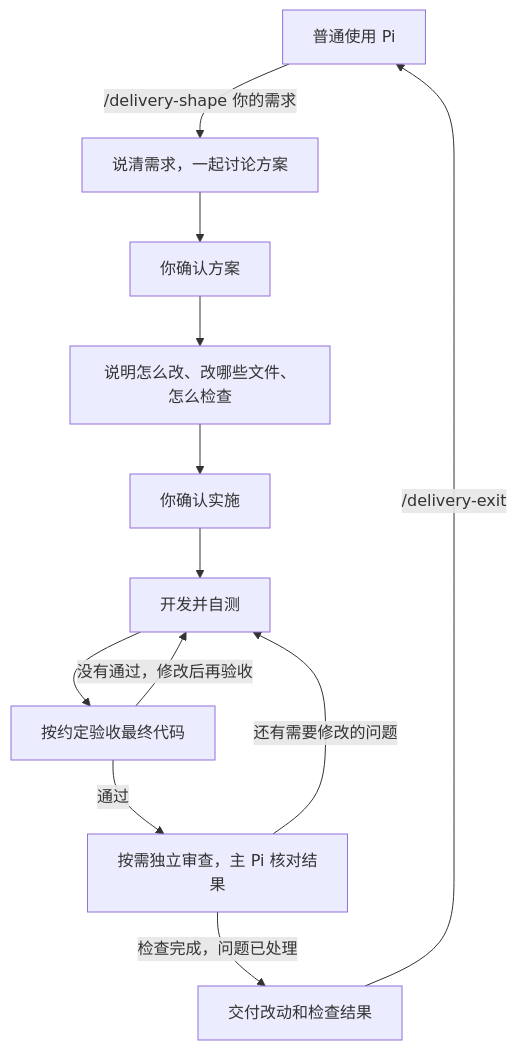
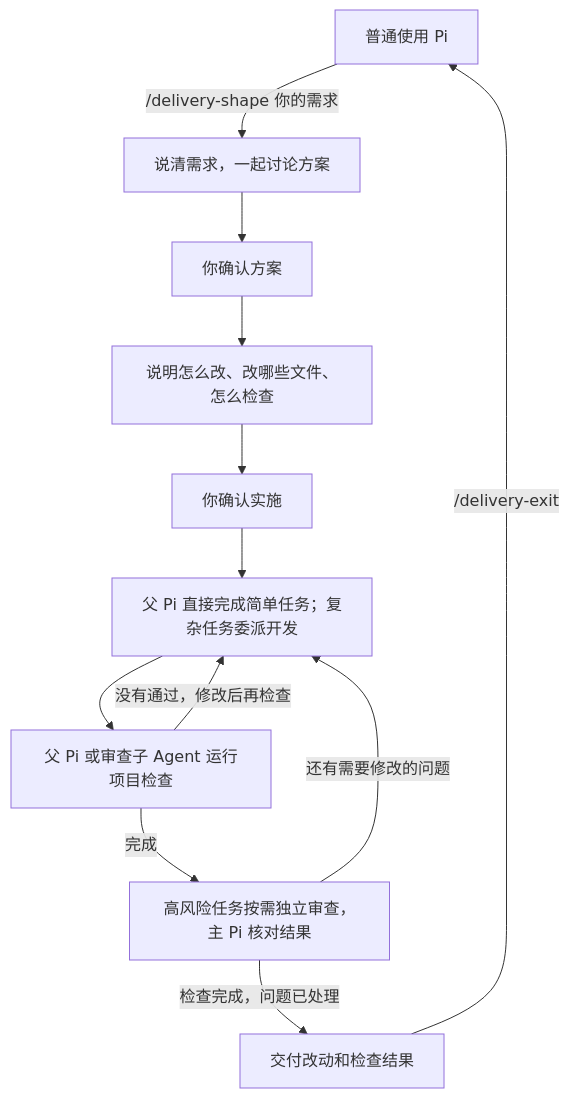
The first of 2 diagrams in README.md (small-xiexu/pi-adaptive-delivery), drawn with Mermaid before and after one commit. The commit also changed other lines of this file and 33 other files, not shown here.

````diff
--- a/README.md
+++ b/README.md
@@ -19,14 +19,14 @@
 ```mermaid
 flowchart TD
     A[普通使用 Pi] -->|/delivery-shape 你的需求| B[说清需求，一起讨论方案]
     B --> C[你确认方案]
     C --> D[说明怎么改、改哪些文件、怎么检查]
     D --> E[你确认实施]
-    E --> F[开发并自测]
-    F --> V[按约定验收最终代码]
-    V -->|通过| G[按需独立审查，主 Pi 核对结果]
-    V -->|没有通过，修改后再验收| F
+    E --> F[父 Pi 直接完成简单任务；复杂任务委派开发]
+    F --> V[父 Pi 或审查子 Agent 运行项目检查]
+    V -->|完成| G[高风险任务按需独立审查，主 Pi 核对结果]
+    V -->|没有通过，修改后再检查| F
     G -->|还有需要修改的问题| F
     G -->|检查完成，问题已处理| H[交付改动和检查结果]
     H -->|/delivery-exit| A
 ```
````
